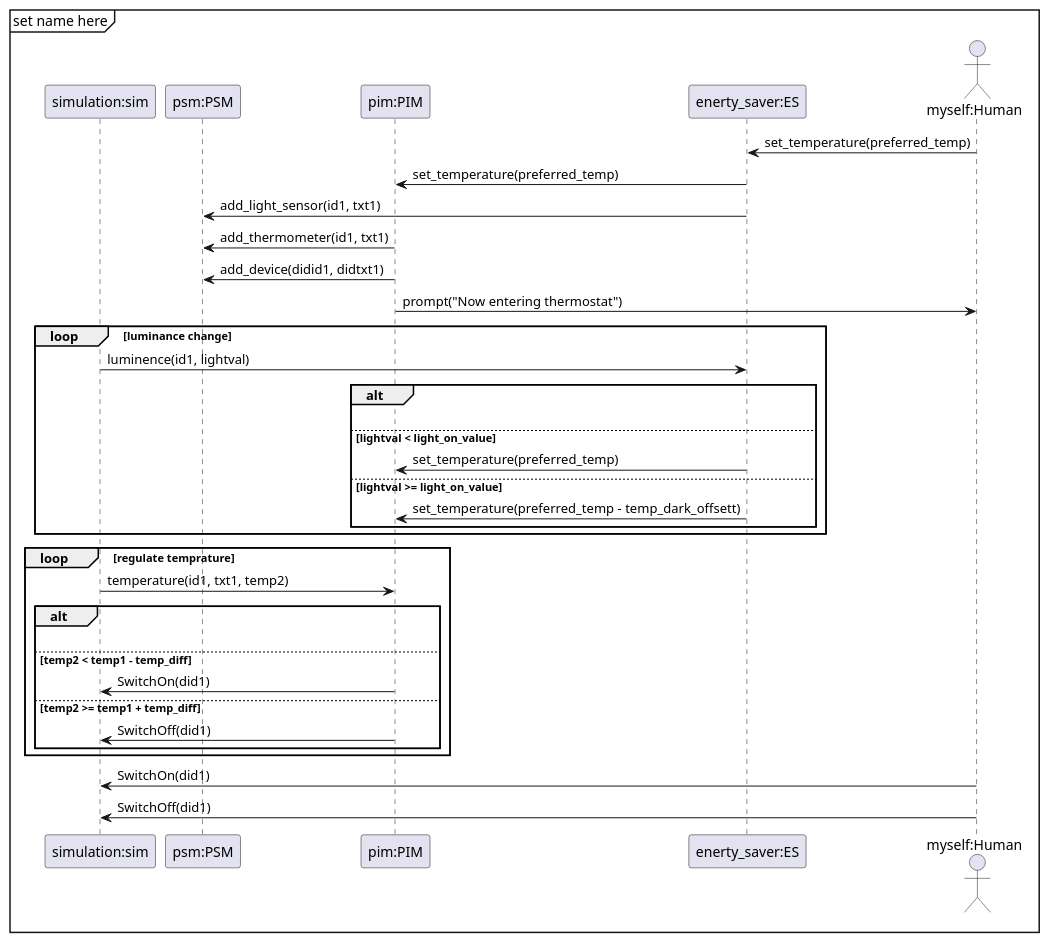
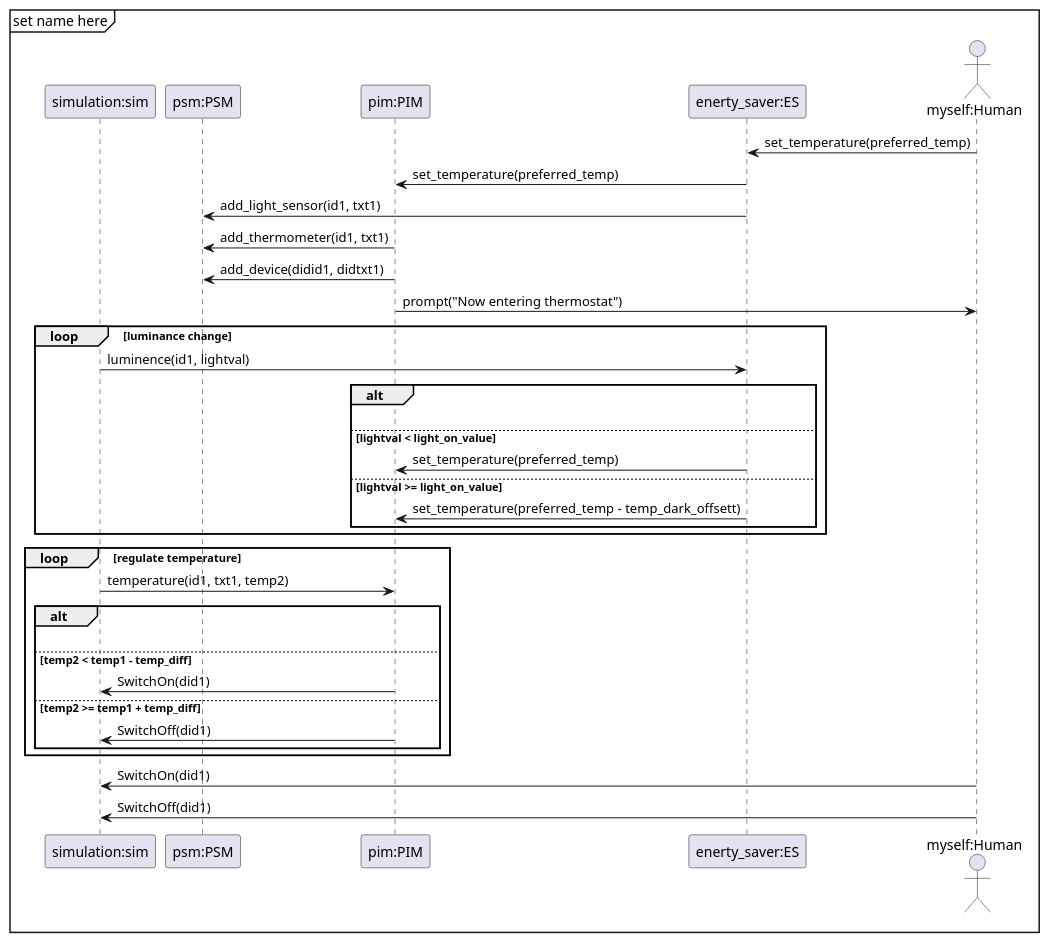
The diagram in Oblig1/sequence diagram general flow.plantuml (Tobhal/HIOF-Models-and-Digital-Twins), drawn with PlantUML before and after one commit. The commit also changed 4 other files, not shown here.

```diff
--- a/Oblig1/sequence diagram general flow.plantuml
+++ b/Oblig1/sequence diagram general flow.plantuml
@@ -1,47 +1,47 @@
 @startuml sequense diagram
 mainframe set name here
 
 participant "simulation:sim" as sim
 participant "psm:PSM" as psm
 participant "pim:PIM" as pim
 participant "enerty_saver:ES" as es
 actor "myself:Human" as human
 
 es <- human : set_temperature(preferred_temp)
 pim <- es : set_temperature(preferred_temp)
 
 psm <- es: add_light_sensor(id1, txt1)
 
 psm <- pim: add_thermometer(id1, txt1)
 psm <- pim: add_device(didid1, didtxt1)
 pim -> human : prompt("Now entering thermostat")
 
 loop luminance change
     sim -> es: luminence(id1, lightval)
 
     alt 
         |||
         else lightval < light_on_value
             pim <- es: set_temperature(preferred_temp)
         else lightval >= light_on_value
             pim <- es: set_temperature(preferred_temp - temp_dark_offsett)
     end
 end
 
-loop regulate temprature
+loop regulate temperature
     sim -> pim: temperature(id1, txt1, temp2)
 
     alt 
         |||
         else temp2 < temp1 - temp_diff
             pim -> sim: SwitchOn(did1)
         else temp2 >= temp1 + temp_diff
             pim -> sim: SwitchOff(did1)
     end
 
 end
 
 sim <- human: SwitchOn(did1)
 sim <- human: SwitchOff(did1)
 
 @enduml
```
